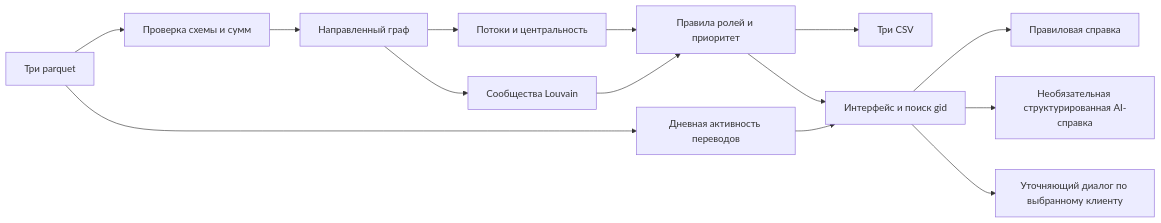
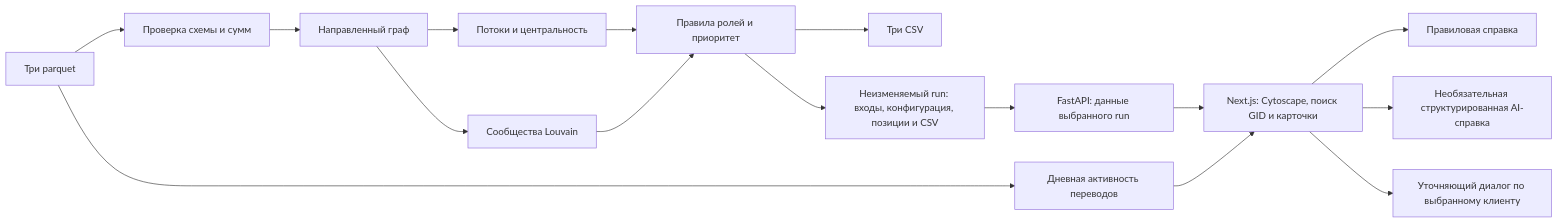
One commit to BAITC-Hacks/hack-f40a9595-ayan-solutions changed the diagram in docs/architecture.md. Above: the diagram before and after it, drawn with Mermaid. The commit also changed other lines of this file and 2 other files, not shown here.

````diff
--- a/docs/architecture.md
+++ b/docs/architecture.md
@@ -3,16 +3,18 @@
 ```mermaid
 flowchart LR
     A[Три parquet] --> B[Проверка схемы и сумм]
     B --> C[Направленный граф]
     C --> D[Потоки и центральность]
     C --> E[Сообщества Louvain]
     A --> T[Дневная активность переводов]
     D --> F[Правила ролей и приоритет]
     E --> F
     F --> G[Три CSV]
-    F --> H[Интерфейс и поиск gid]
+    F --> S[Неизменяемый run: входы, конфигурация, позиции и CSV]
+    S --> API[FastAPI: данные выбранного run]
+    API --> H[Next.js: Cytoscape, поиск GID и карточки]
     T --> H
     H --> I[Правиловая справка]
     H --> J[Необязательная структурированная AI-справка]
     H --> K[Уточняющий диалог по выбранному клиенту]
 ```
````
